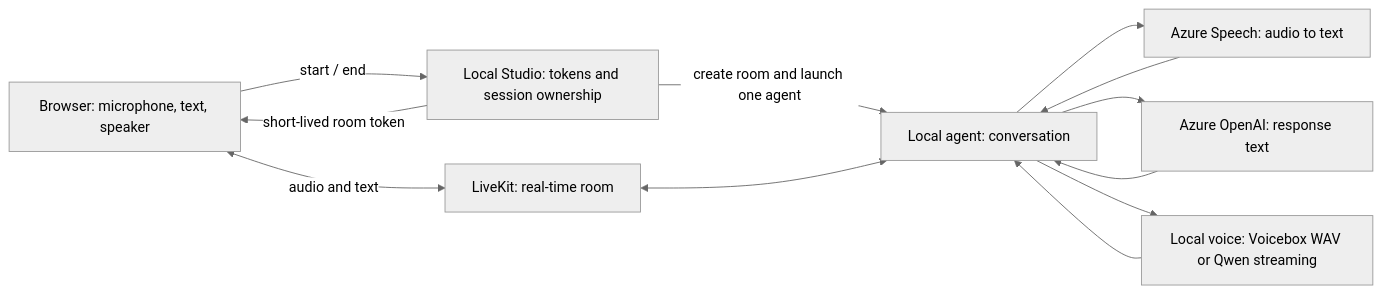
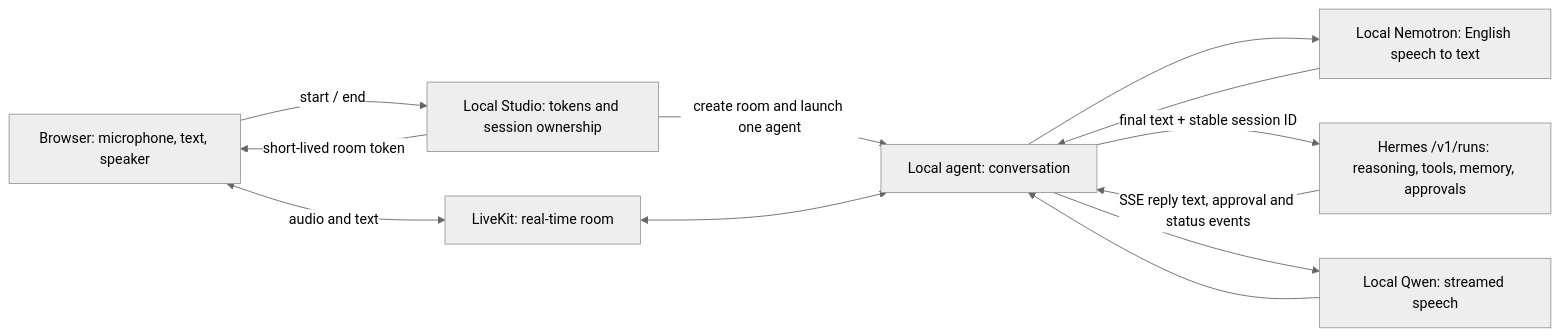
The diagram in docs/architecture.md (c-mongan/livekit-voice-studio), drawn with Mermaid (neutral theme) before and after one commit. The commit also changed other lines of this file and 7 other files, not shown here.

Commit message:
docs: verify Hermes voice companion vertical slice

````diff
--- a/docs/architecture.md
+++ b/docs/architecture.md
@@ -10,18 +10,19 @@
 ```mermaid
 flowchart LR
     B[Browser: microphone, text, speaker]
     S[Local Studio: tokens and session ownership]
     L[LiveKit: real-time room]
     A[Local agent: conversation]
-    STT[Azure Speech: audio to text]
-    LLM[Azure OpenAI: response text]
-    V[Local voice: Voicebox WAV or Qwen streaming]
+    STT[Local Nemotron: English speech to text]
+    H[Hermes /v1/runs: reasoning, tools, memory, approvals]
+    V[Local Qwen: streamed speech]
     B -->|start / end| S
     S -->|create room and launch one agent| A
     S -->|short-lived room token| B
     B <-->|audio and text| L
     L <--> A
     A --> STT --> A
-    A --> LLM --> A
+    A -->|final text + stable session ID| H
+    H -->|SSE reply text, approval and status events| A
     A --> V --> A
 ```
````
